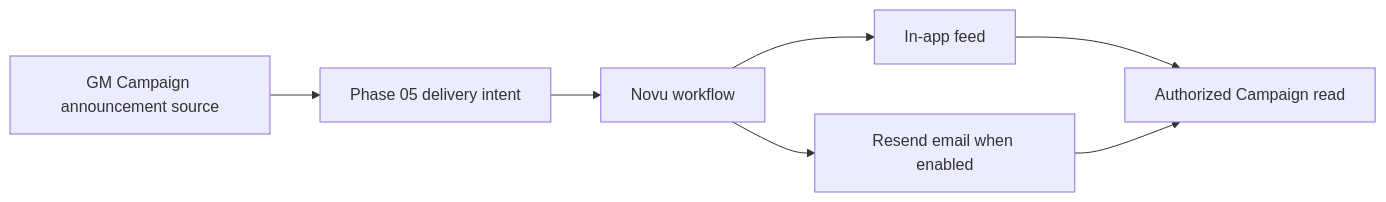
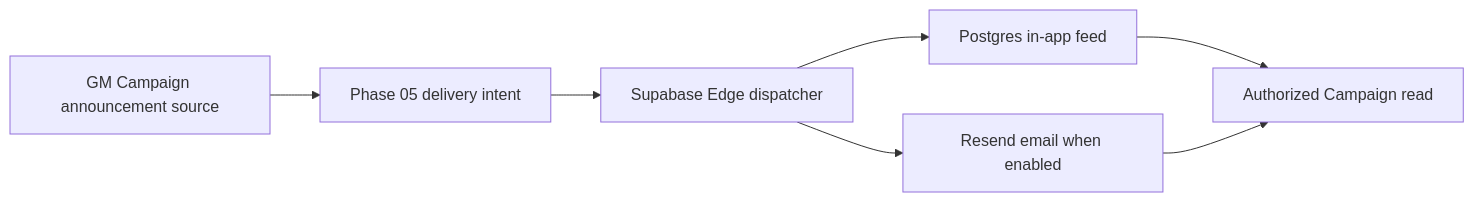
Before and after one commit to MPiland/artificer-toolkit: the first of 2 diagrams in docs/roadmap/06-live-campaign-play.md, drawn with Mermaid. The commit also changed other lines of this file and 80 other files, not shown here.

````diff
--- a/docs/roadmap/06-live-campaign-play.md
+++ b/docs/roadmap/06-live-campaign-play.md
@@ -46,9 +46,9 @@
 ```mermaid
 flowchart LR
   Announcement["GM Campaign announcement source"] --> Intent["Phase 05 delivery intent"]
-  Intent --> Novu["Novu workflow"]
-  Novu --> Inbox["In-app feed"]
-  Novu --> Email["Resend email when enabled"]
+  Intent --> Edge["Supabase Edge dispatcher"]
+  Edge --> Inbox["Postgres in-app feed"]
+  Edge --> Email["Resend email when enabled"]
   Inbox --> Read["Authorized Campaign read"]
   Email --> Read
 ```
````
